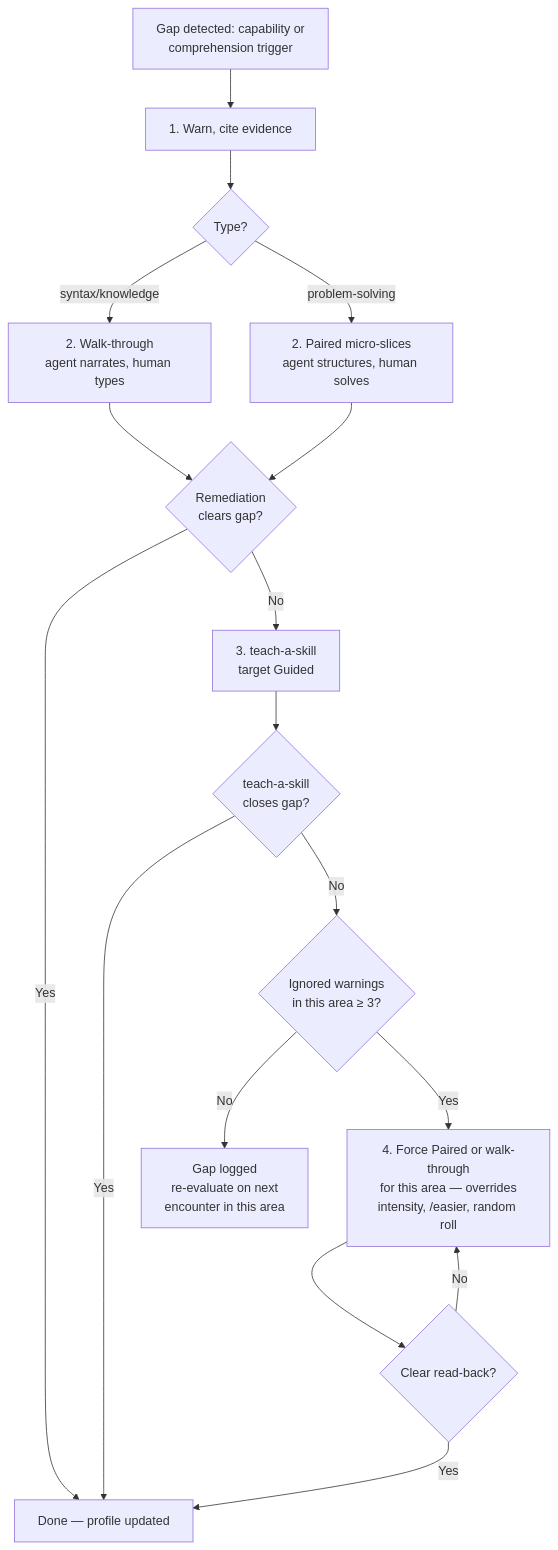
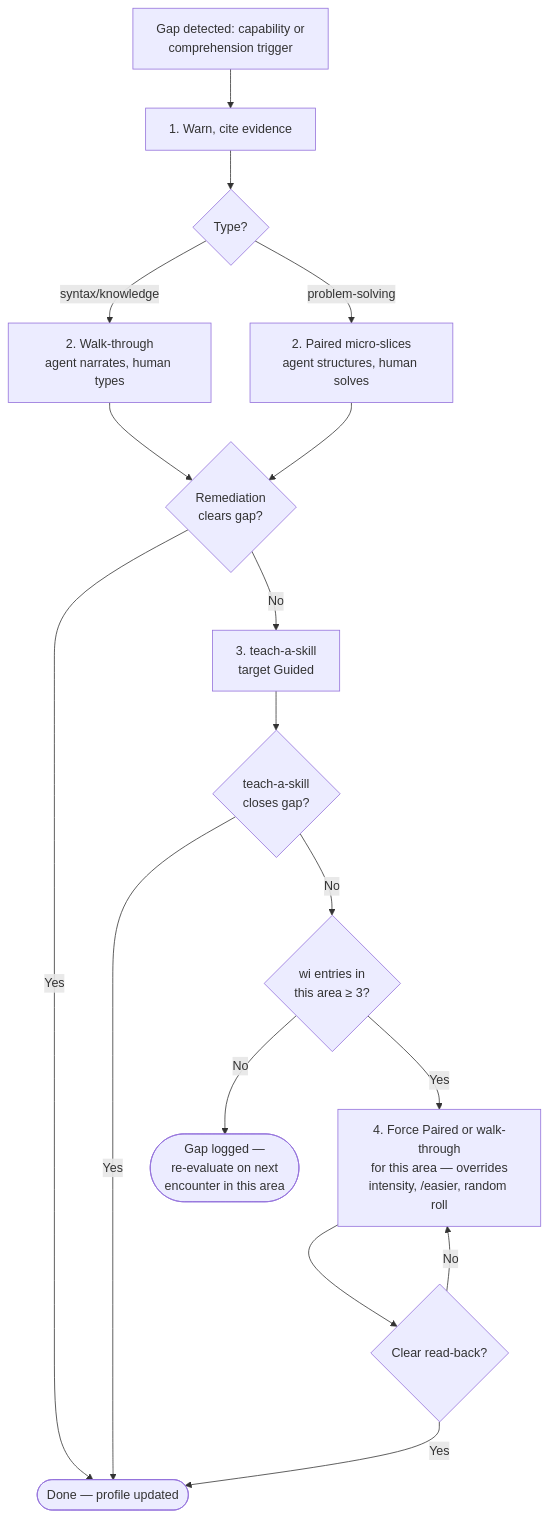
The second of 5 diagrams in skills/vibe-code-antidote/SKILL.md (MegaByteMark/skills-to-pay-the-ai-bills), drawn with Mermaid before and after one commit. The commit also changed other lines of this file and 2 other files, not shown here.

First line of the commit message:
fix: harden vibe-code-antidote diagrams, log schema, and escalation counters

````diff
--- a/skills/vibe-code-antidote/SKILL.md
+++ b/skills/vibe-code-antidote/SKILL.md
@@ -59,19 +62,19 @@
 ```mermaid
 flowchart TD
     GAP[Gap detected: capability or<br>comprehension trigger] --> WARN[1. Warn, cite evidence]
     WARN --> DIAG{Type?}
     DIAG -->|syntax/knowledge| WALK[2. Walk-through<br>agent narrates, human types]
     DIAG -->|problem-solving| PAIR[2. Paired micro-slices<br>agent structures, human solves]
     WALK --> CLEAR{Remediation<br>clears gap?}
     PAIR --> CLEAR
-    CLEAR -->|Yes| DONE[Done — profile updated]
+    CLEAR -->|Yes| DONE([Done — profile updated])
     CLEAR -->|No| TEACH[3. teach-a-skill<br>target Guided]
     TEACH --> LEARNED{teach-a-skill<br>closes gap?}
     LEARNED -->|Yes| DONE
-    LEARNED -->|No| COUNT{Ignored warnings<br>in this area ≥ 3?}
-    COUNT -->|No| LOGGED[Gap logged<br>re-evaluate on next<br>encounter in this area]
+    LEARNED -->|No| COUNT{wi entries in<br>this area ≥ 3?}
+    COUNT -->|No| LOGGED([Gap logged —<br>re-evaluate on next<br>encounter in this area])
     COUNT -->|Yes| FORCE[4. Force Paired or walk-through<br>for this area — overrides<br>intensity, /easier, random roll]
     FORCE --> FCHECK{Clear read-back?}
     FCHECK -->|Yes| DONE
     FCHECK -->|No| FORCE
 ```
````
